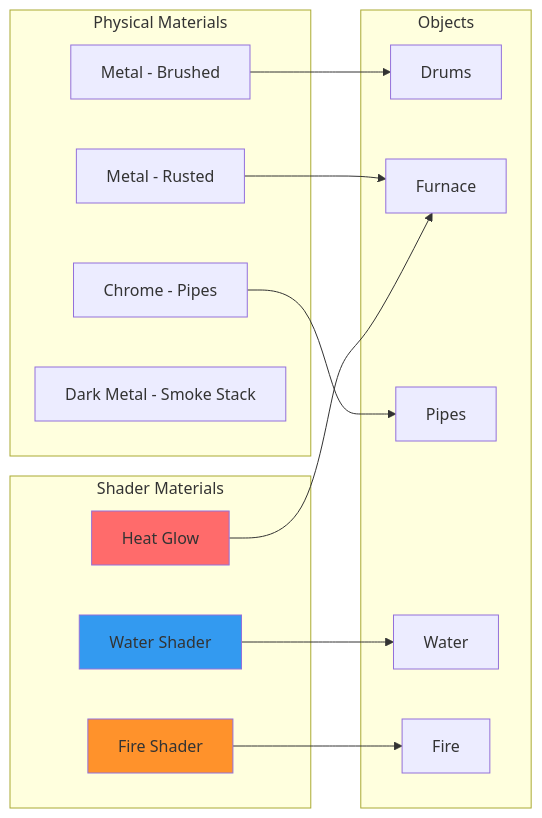
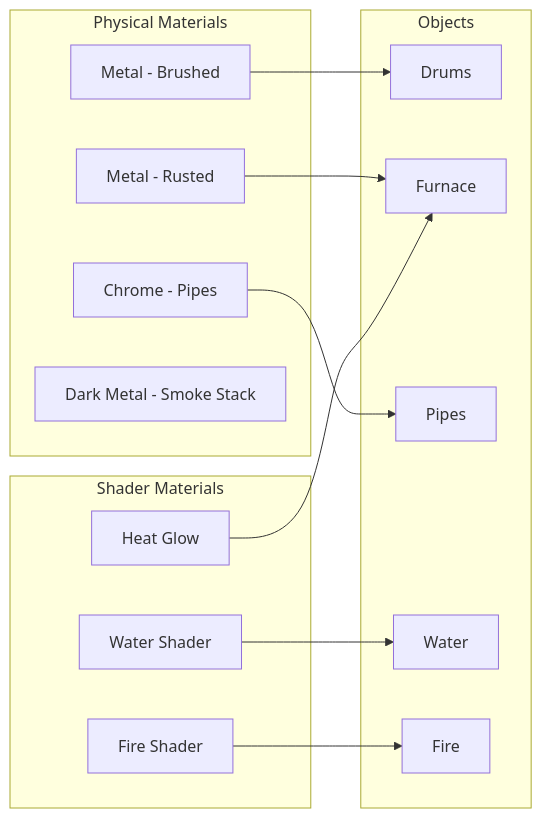
The second of 4 diagrams in docs/3d-model.md (Divesh-Kshirsagar/BIMCS), drawn with Mermaid before and after one commit. The commit also changed other lines of this file and 7 other files, not shown here.

Commit message:
refactor: remove unnecessary style definitions from documentation diagrams

````diff
--- a/docs/3d-model.md
+++ b/docs/3d-model.md
@@ -238,34 +233,31 @@
 ```mermaid
 graph LR
     subgraph "Physical Materials"
         M1[Metal - Brushed]
         M2[Metal - Rusted]
         M3[Chrome - Pipes]
         M4[Dark Metal - Smoke Stack]
     end
     
     subgraph "Shader Materials"
         S1[Water Shader]
         S2[Fire Shader]
         S3[Heat Glow]
     end
     
     subgraph "Objects"
         Drums
         Furnace
         Pipes
         Water
         Fire
     end
     
     M1 --> Drums
     M2 --> Furnace
     M3 --> Pipes
     S1 --> Water
     S2 --> Fire
     S3 --> Furnace
     
-    style S1 fill:#339af0
-    style S2 fill:#ff922b
-    style S3 fill:#ff6b6b
 ```
````
